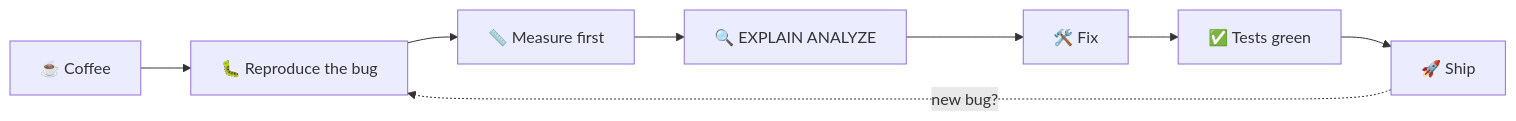
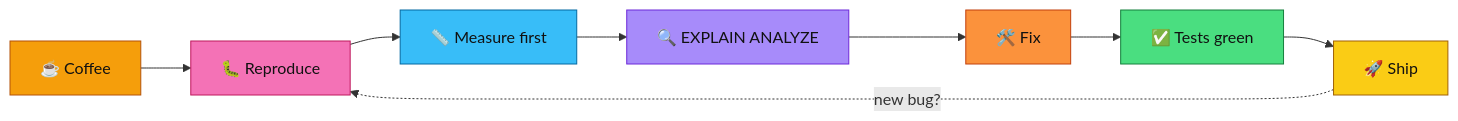
The diagram in README.md (KetleenAnne/KetleenAnne), drawn with Mermaid before and after one commit. The commit also changed other lines of this file and 2 other files, not shown here.

````diff
--- a/README.md
+++ b/README.md
@@ -34,10 +39,17 @@
 ```mermaid
 flowchart LR
-    A[☕ Coffee] --> B[🐛 Reproduce the bug]
+    A[☕ Coffee] --> B[🐛 Reproduce]
     B --> C[📏 Measure first]
     C --> D[🔍 EXPLAIN ANALYZE]
     D --> E[🛠️ Fix]
     E --> F[✅ Tests green]
     F --> G[🚀 Ship]
     G -.->|new bug?| B
+    style A fill:#f59e0b,stroke:#b45309,color:#111
+    style B fill:#f472b6,stroke:#be185d,color:#111
+    style C fill:#38bdf8,stroke:#0369a1,color:#111
+    style D fill:#a78bfa,stroke:#6d28d9,color:#111
+    style E fill:#fb923c,stroke:#c2410c,color:#111
+    style F fill:#4ade80,stroke:#15803d,color:#111
+    style G fill:#facc15,stroke:#a16207,color:#111
 ```
````
